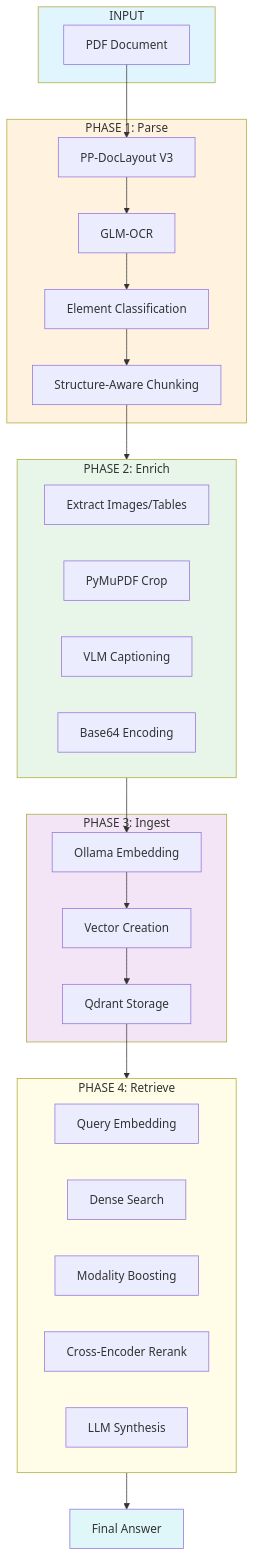
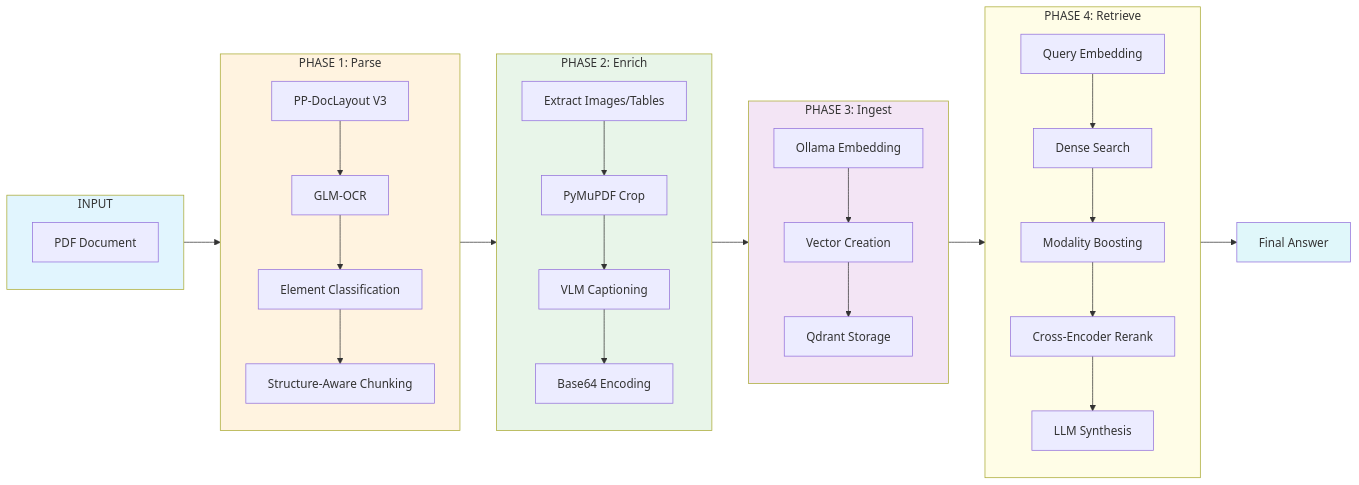
The diagram in README.md (mohitagr18/multimodal_rag_article), drawn with Mermaid before and after one commit. The commit also changed 1 other file, not shown here.

````diff
--- a/README.md
+++ b/README.md
@@ -14,56 +14,38 @@
 ```mermaid
-flowchart TB
+flowchart LR
     subgraph Input["INPUT"]
+        direction TB
         PDF[PDF Document]
     end
 
     subgraph Phase1["PHASE 1: Parse"]
-        P1A[PP-DocLayout V3]
-        P1B[GLM-OCR]
-        P1C[Element Classification]
-        P1D[Structure-Aware Chunking]
+        direction TB
+        P1A[PP-DocLayout V3] --> P1B[GLM-OCR] --> P1C[Element Classification] --> P1D[Structure-Aware Chunking]
     end
 
     subgraph Phase2["PHASE 2: Enrich"]
-        P2A[Extract Images/Tables]
-        P2B[PyMuPDF Crop]
-        P2C[VLM Captioning]
-        P2D[Base64 Encoding]
+        direction TB
+        P2A[Extract Images/Tables] --> P2B[PyMuPDF Crop] --> P2C[VLM Captioning] --> P2D[Base64 Encoding]
     end
 
     subgraph Phase3["PHASE 3: Ingest"]
-        P3A[Ollama Embedding]
-        P3B[Vector Creation]
-        P3C[Qdrant Storage]
+        direction TB
+        P3A[Ollama Embedding] --> P3B[Vector Creation] --> P3C[Qdrant Storage]
     end
 
     subgraph Phase4["PHASE 4: Retrieve"]
-        P4A[Query Embedding]
-        P4B[Dense Search]
-        P4C[Modality Boosting]
-        P4D[Cross-Encoder Rerank]
-        P4E[LLM Synthesis]
+        direction TB
+        P4A[Query Embedding] --> P4B[Dense Search] --> P4C[Modality Boosting] --> P4D[Cross-Encoder Rerank] --> P4E[LLM Synthesis]
     end
 
     Output[Final Answer]
 
-    PDF --> P1A
-    P1A --> P1B
-    P1B --> P1C
-    P1C --> P1D
-    P1D --> Phase2
-    
-    Phase2 --> P3A
-    P3A --> P3B
-    P3B --> P3C
-    P3C --> Phase4
-    
-    Phase4 --> Output
+    Input --> Phase1 --> Phase2 --> Phase3 --> Phase4 --> Output
 
     style Input fill:#e1f5fe
     style Phase1 fill:#fff3e0
     style Phase2 fill:#e8f5e9
     style Phase3 fill:#f3e5f5
     style Phase4 fill:#fffde7
     style Output fill:#e0f7fa
 ```
````
